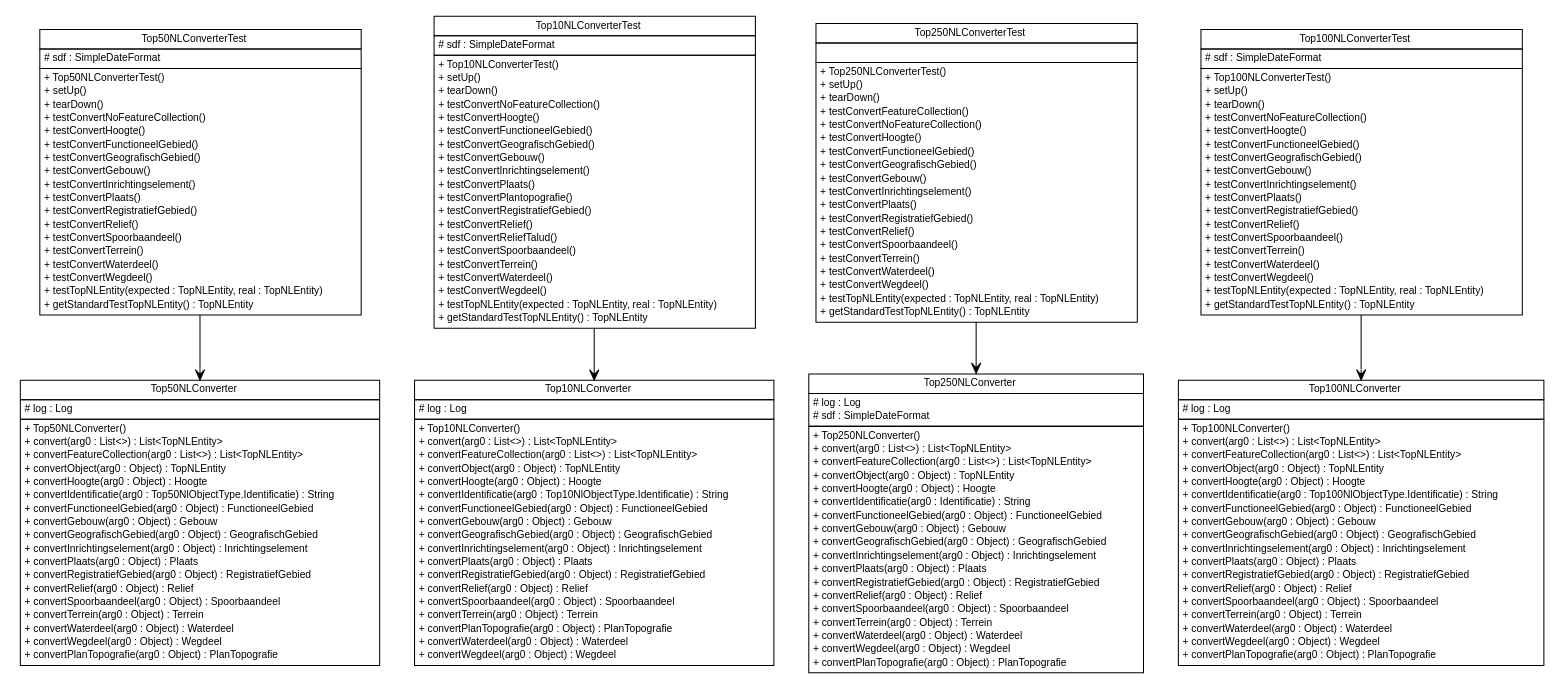
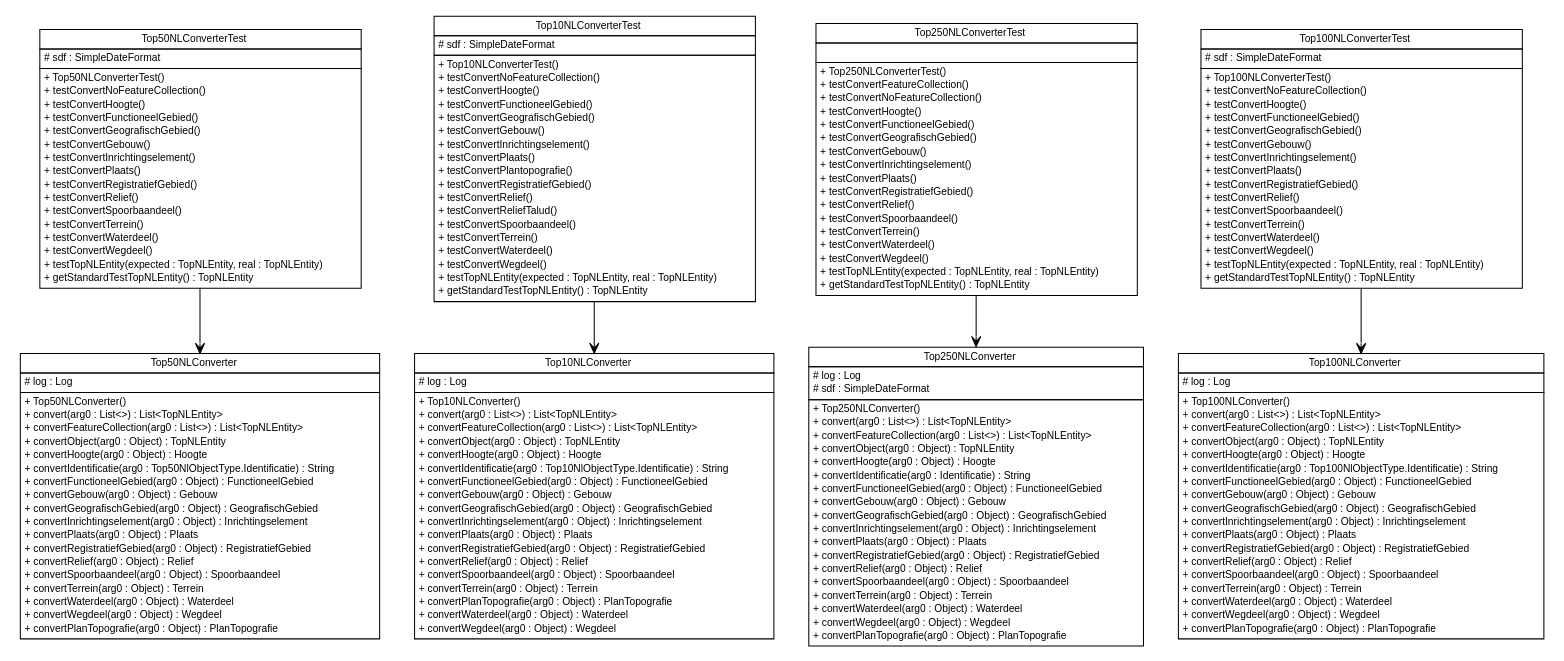
The diagram in topnlparser/testapidocs/nl/b3p/topnl/converters/nl.b3p.topnl.converters.dot (B3Partners/brmo), drawn with Graphviz before and after one commit. The commit also changed 751 other files, not shown here.

```diff
--- a/topnlparser/testapidocs/nl/b3p/topnl/converters/nl.b3p.topnl.converters.dot
+++ b/topnlparser/testapidocs/nl/b3p/topnl/converters/nl.b3p.topnl.converters.dot
@@ -19,8 +19,6 @@
 		</table></td></tr>
 		<tr><td><table border="0" cellspacing="0" cellpadding="1">
 <tr><td align="left" balign="left"> + Top50NLConverterTest() </td></tr>
-<tr><td align="left" balign="left"> + setUp() </td></tr>
-<tr><td align="left" balign="left"> + tearDown() </td></tr>
 <tr><td align="left" balign="left"> + testConvertNoFeatureCollection() </td></tr>
 <tr><td align="left" balign="left"> + testConvertHoogte() </td></tr>
 <tr><td align="left" balign="left"> + testConvertFunctioneelGebied() </td></tr>
@@ -48,8 +46,6 @@
 		</table></td></tr>
 		<tr><td><table border="0" cellspacing="0" cellpadding="1">
 <tr><td align="left" balign="left"> + Top10NLConverterTest() </td></tr>
-<tr><td align="left" balign="left"> + setUp() </td></tr>
-<tr><td align="left" balign="left"> + tearDown() </td></tr>
 <tr><td align="left" balign="left"> + testConvertNoFeatureCollection() </td></tr>
 <tr><td align="left" balign="left"> + testConvertHoogte() </td></tr>
 <tr><td align="left" balign="left"> + testConvertFunctioneelGebied() </td></tr>
@@ -79,8 +75,6 @@
 		</table></td></tr>
 		<tr><td><table border="0" cellspacing="0" cellpadding="1">
 <tr><td align="left" balign="left"> + Top250NLConverterTest() </td></tr>
-<tr><td align="left" balign="left"> + setUp() </td></tr>
-<tr><td align="left" balign="left"> + tearDown() </td></tr>
 <tr><td align="left" balign="left"> + testConvertFeatureCollection() </td></tr>
 <tr><td align="left" balign="left"> + testConvertNoFeatureCollection() </td></tr>
 <tr><td align="left" balign="left"> + testConvertHoogte() </td></tr>
@@ -109,8 +103,6 @@
 		</table></td></tr>
 		<tr><td><table border="0" cellspacing="0" cellpadding="1">
 <tr><td align="left" balign="left"> + Top100NLConverterTest() </td></tr>
-<tr><td align="left" balign="left"> + setUp() </td></tr>
-<tr><td align="left" balign="left"> + tearDown() </td></tr>
 <tr><td align="left" balign="left"> + testConvertNoFeatureCollection() </td></tr>
 <tr><td align="left" balign="left"> + testConvertHoogte() </td></tr>
 <tr><td align="left" balign="left"> + testConvertFunctioneelGebied() </td></tr>
```
